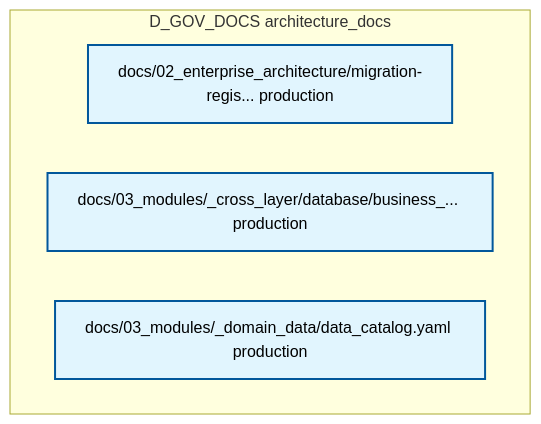
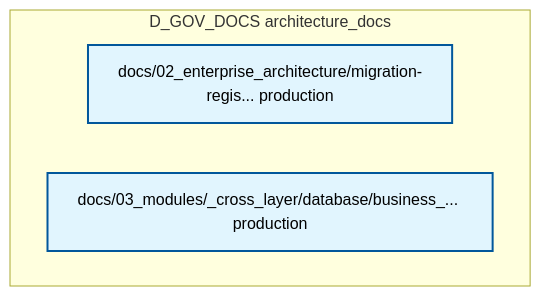
The diagram in docs/02_enterprise_architecture/02_domain_architecture_docs/33_d_gov_docs.md (xuanFelixVan/ZephyrAlpha), drawn with Mermaid before and after one commit. The commit also changed other lines of this file and 99 other files, not shown here.

````diff
--- a/docs/02_enterprise_architecture/02_domain_architecture_docs/33_d_gov_docs.md
+++ b/docs/02_enterprise_architecture/02_domain_architecture_docs/33_d_gov_docs.md
@@ -47,13 +47,12 @@
 ```mermaid
 graph TD
     subgraph D_GOV_DOCS["D_GOV_DOCS architecture_docs"]
         docs_02_enterprise_architecture_migration_registry_yaml["docs/02_enterprise_architecture/migration-regis... production"]
         docs_03_modules_cross_layer_database_business_data_categories_yaml["docs/03_modules/_cross_layer/database/business_... production"]
-        docs_03_modules_domain_data_data_catalog_yaml["docs/03_modules/_domain_data/data_catalog.yaml production"]
     end
     classDef production fill:#e1f5fe,stroke:#01579b,stroke-width:2px,color:#000
     classDef design fill:#fff3e0,stroke:#e65100,stroke-width:2px,color:#000,stroke-dasharray: 5 5
     classDef external_prod fill:#e8f5e9,stroke:#1b5e20,stroke-width:1px,color:#000
     classDef external_design fill:#fce4ec,stroke:#880e4f,stroke-width:1px,color:#000,stroke-dasharray: 5 5
-    class docs_02_enterprise_architecture_migration_registry_yaml,docs_03_modules_cross_layer_database_business_data_categories_yaml,docs_03_modules_domain_data_data_catalog_yaml production
+    class docs_02_enterprise_architecture_migration_registry_yaml,docs_03_modules_cross_layer_database_business_data_categories_yaml production
 ```
````
